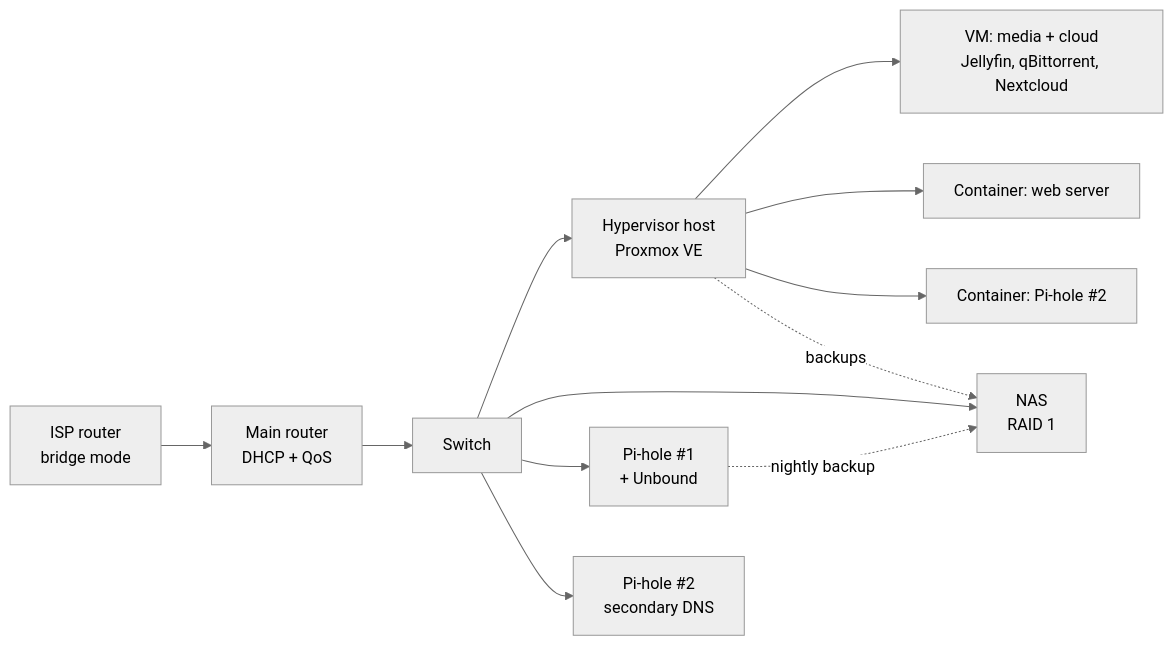
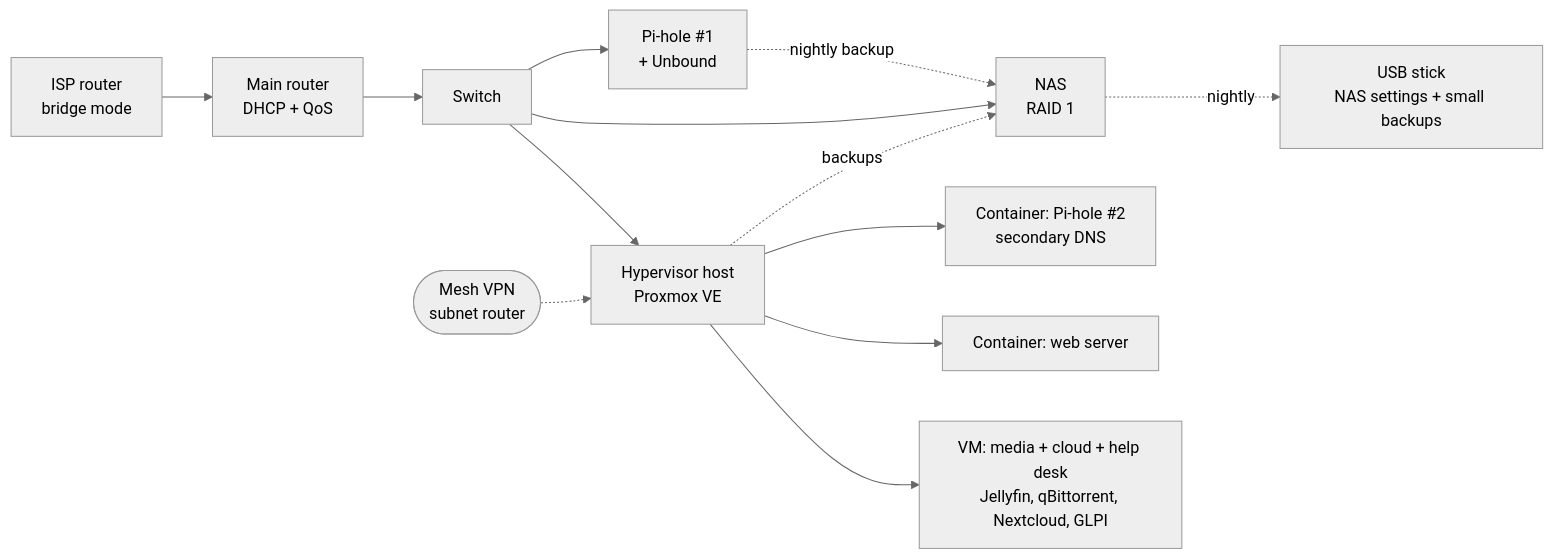
Before and after one commit to superdidotwitch-jpg/homelab-v2: the diagram in README.md, drawn with Mermaid (neutral theme). The commit also changed other lines of this file and 11 other files, not shown here.

First line of the commit message:
Bring docs up to date: backups, Nextcloud, web server, help desk, incidents, build log

````diff
--- a/README.md
+++ b/README.md
@@ -22,14 +27,15 @@
 ```mermaid
 flowchart LR
   ISP[ISP router<br/>bridge mode] --> RTR[Main router<br/>DHCP + QoS]
   RTR --> SW[Switch]
   SW --> HV[Hypervisor host<br/>Proxmox VE]
   SW --> NAS[NAS<br/>RAID 1]
   SW --> DNS1[Pi-hole #1<br/>+ Unbound]
-  SW --> DNS2[Pi-hole #2<br/>secondary DNS]
-  HV --> VM1[VM: media + cloud<br/>Jellyfin, qBittorrent, Nextcloud]
+  HV --> VM1[VM: media + cloud + help desk<br/>Jellyfin, qBittorrent, Nextcloud, GLPI]
   HV --> CT1[Container: web server]
-  HV --> CT2[Container: Pi-hole #2]
+  HV --> CT2[Container: Pi-hole #2<br/>secondary DNS]
   HV -. backups .-> NAS
   DNS1 -. nightly backup .-> NAS
+  NAS -. nightly .-> USB[USB stick<br/>NAS settings + small backups]
+  VPN([Mesh VPN<br/>subnet router]) -.-> HV
 ```
````
